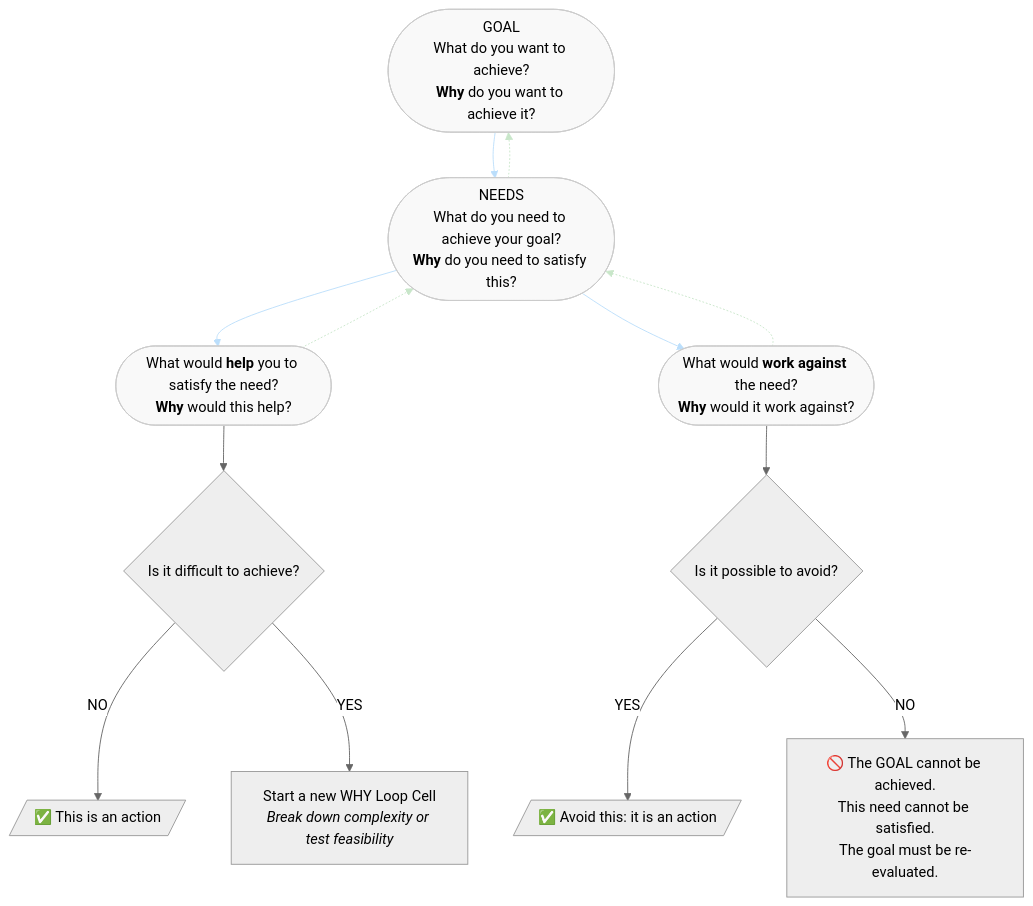
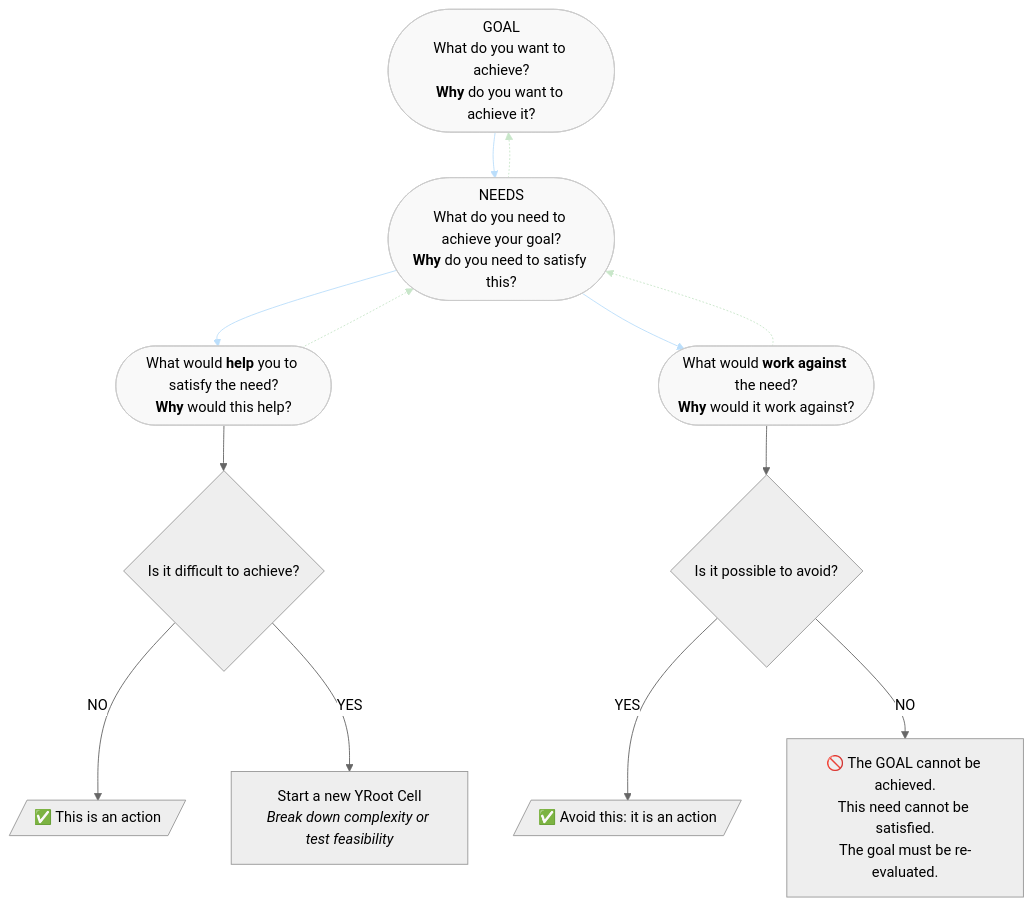
The diagram in README.md (mug-n-ai/YRoot), drawn with Mermaid (neutral theme) before and after one commit. The commit also changed other lines of this file and 15 other files, not shown here.

````diff
--- a/README.md
+++ b/README.md
@@ -42,26 +42,26 @@
 ```mermaid
 flowchart TD
     GOAL(["GOAL<br>What do you want to achieve?<br><b>Why</b> do you want to achieve it?"]) --> NEEDS(["NEEDS<br>What do you need to achieve your goal?<br><b>Why</b> do you need to satisfy this?"])
     NEEDS --> HELP(["What would <b>help</b> you to satisfy the need?<br><b>Why</b> would this help?"]) & RISK(["What would <b>work against</b> the need?<br><b>Why</b> would it work against?"])
     NEEDS -.-> GOAL
     HELP --> DIFF{"Is it difficult to achieve?"}
     HELP -.-> NEEDS
     DIFF -- NO --> ACT1[/"✅ This is an action"/]
-    DIFF -- YES --> NEWCELL["Start a new WHY Loop Cell<br><i>Break down complexity or test feasibility</i>"]
+    DIFF -- YES --> NEWCELL["Start a new YRoot Cell<br><i>Break down complexity or test feasibility</i>"]
     RISK --> AVOID{"Is it possible to avoid?"}
     RISK -.-> NEEDS
     AVOID -- YES --> ACT2[/"✅ Avoid this: it is an action"/]
     AVOID -- NO --> FAIL["🚫 The GOAL cannot be achieved.<br>This need cannot be satisfied.<br>The goal must be re-evaluated."]
 
      GOAL:::cell
      NEEDS:::cell
      HELP:::cell
      RISK:::cell
     classDef cell fill:#f9f9f9,stroke:#ccc,stroke-width:1px
     linkStyle 0 stroke:#BBDEFB,fill:none
     linkStyle 1 stroke:#BBDEFB,fill:none
     linkStyle 2 stroke:#BBDEFB,fill:none
     linkStyle 3 stroke:#C8E6C9,fill:none
     linkStyle 5 stroke:#C8E6C9,fill:none
     linkStyle 9 stroke:#C8E6C9,fill:none
 ```
````
